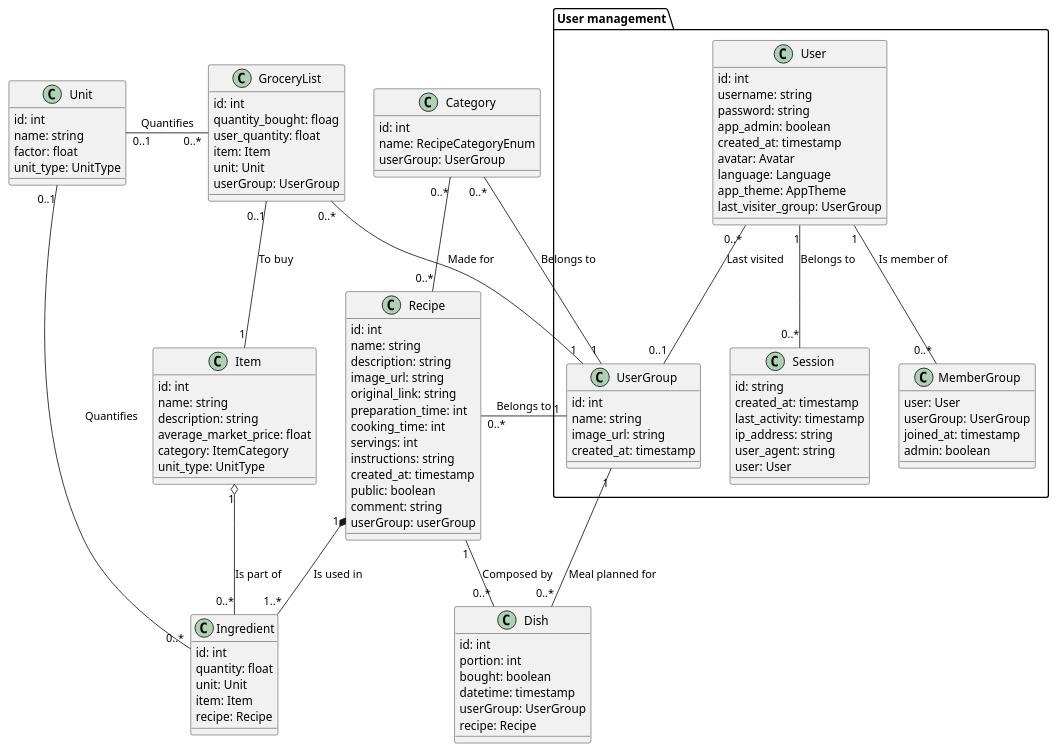
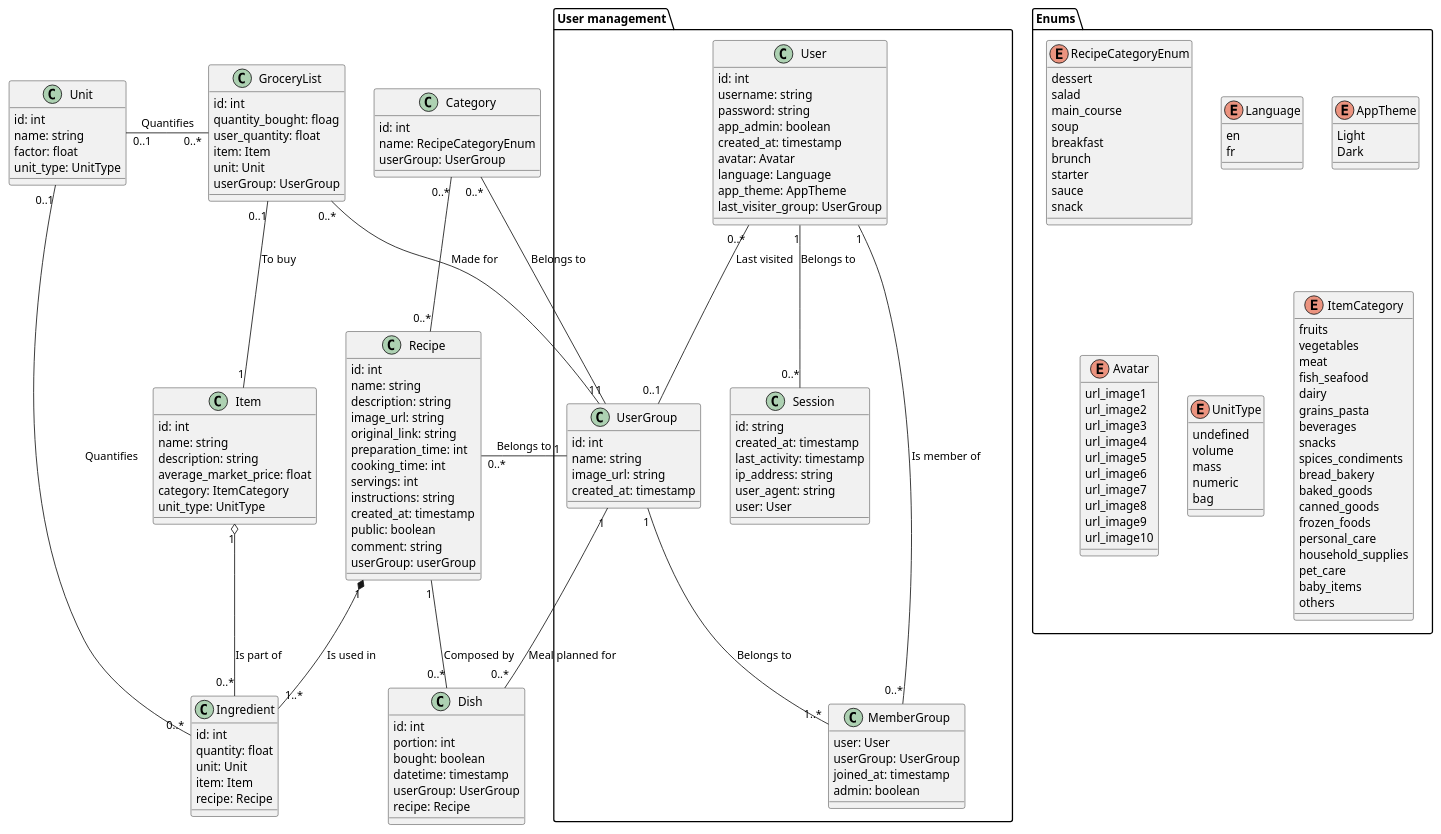
Before and after one commit to zouipo/yumsday: the diagram in design/class_diagram.wsd, drawn with PlantUML.

Commit message:
add enums

```diff
--- a/design/class_diagram.wsd
+++ b/design/class_diagram.wsd
@@ -1,124 +1,192 @@
 @startuml
+
+package Enums {
+    enum RecipeCategoryEnum {
+        dessert
+        salad
+        main_course
+        soup
+        breakfast
+        brunch
+        starter
+        sauce
+        snack
+    }
+    
+    enum Language {
+        en
+        fr
+    }
+    
+    enum AppTheme {
+        Light
+        Dark
+    }
+    
+    enum Avatar {
+        url_image1
+        url_image2
+        url_image3
+        url_image4
+        url_image5
+        url_image6
+        url_image7
+        url_image8
+        url_image9
+        url_image10
+    }
+    
+    enum UnitType {
+        undefined
+        volume
+        mass
+        numeric
+        bag
+    }
+    
+    enum ItemCategory {
+        fruits
+        vegetables
+        meat
+        fish_seafood
+        dairy
+        grains_pasta
+        beverages
+        snacks
+        spices_condiments
+        bread_bakery
+        baked_goods
+        canned_goods
+        frozen_foods
+        personal_care
+        household_supplies
+        pet_care
+        baby_items
+        others
+    }
+}
+
 class Unit {
     id: int
     name: string
     factor: float
     unit_type: UnitType
 }
 
 class GroceryList {
     id: int
     quantity_bought: floag
     user_quantity: float
     item: Item
     unit: Unit
     userGroup: UserGroup
 }
 
 class Category {
     id: int
     name: RecipeCategoryEnum
     userGroup: UserGroup
 }
 
 class Recipe {
     id: int
     name: string
     description: string
     image_url: string
     original_link: string
     preparation_time: int
     cooking_time: int
     servings: int
     instructions: string
     created_at: timestamp
     public: boolean
     comment: string
     userGroup: userGroup
 }
 
 class Item {
     id: int
     name: string
     description: string
     average_market_price: float
     category: ItemCategory
     unit_type: UnitType
 }
 
 class Ingredient {
     id: int
     quantity: float
     unit: Unit
     item: Item
     recipe: Recipe
 }
 
 package "User management" {
-
-class UserGroup {
-    id: int
-    name: string
-    image_url: string
-    created_at: timestamp
-}
-
-class User {
-    id: int
-    username: string
-    password: string
-    app_admin: boolean
-    created_at: timestamp
-    avatar: Avatar
-    language: Language
-    app_theme: AppTheme
-    last_visiter_group: UserGroup
-}
-
-class Session {
-    id: string
-    created_at: timestamp
-    last_activity: timestamp
-    ip_address: string
-    user_agent: string
-    user: User
-}
-
-class MemberGroup {
-    user: User
-    userGroup: UserGroup
-    joined_at: timestamp
-    admin: boolean
-}
+    class UserGroup {
+        id: int
+        name: string
+        image_url: string
+        created_at: timestamp
+    }
+    
+    class User {
+        id: int
+        username: string
+        password: string
+        app_admin: boolean
+        created_at: timestamp
+        avatar: Avatar
+        language: Language
+        app_theme: AppTheme
+        last_visiter_group: UserGroup
+    }
+    
+    class Session {
+        id: string
+        created_at: timestamp
+        last_activity: timestamp
+        ip_address: string
+        user_agent: string
+        user: User
+    }
+    
+    class MemberGroup {
+        user: User
+        userGroup: UserGroup
+        joined_at: timestamp
+        admin: boolean
+    }
 }
 
 class Dish {
     id: int
     portion: int
     bought: boolean
     datetime: timestamp
     userGroup: UserGroup
     recipe: Recipe
 }
 
 Unit "0..1" - "0..*" GroceryList: Quantifies
 Unit "0..1" -- "0..*" Ingredient: Quantifies
 
 GroceryList "0..*" -- "1" UserGroup: Made for
 GroceryList "0..1" -- "1" Item: To buy
 
 Category "0..*" -- "1" UserGroup: Belongs to
 Category "0..*" -- "0..*" Recipe
 
 Recipe "0..*" - "1" UserGroup: Belongs to
 Recipe "1" -- "0..*" Dish: Composed by
 Recipe "1" *-- "1..*" Ingredient: Is used in
 
 Item "1" o-- "0..*" Ingredient: Is part of
 
 User "1" -- "0..*" Session: Belongs to
 User "0..*" -- "0..1" UserGroup: Last visited
 User "1" -- "0..*" MemberGroup: Is member of
+
 UserGroup "1" -- "0..*" Dish: Meal planned for
+UserGroup "1" -- "1..*" MemberGroup: Belongs to
 
 @enduml
```
